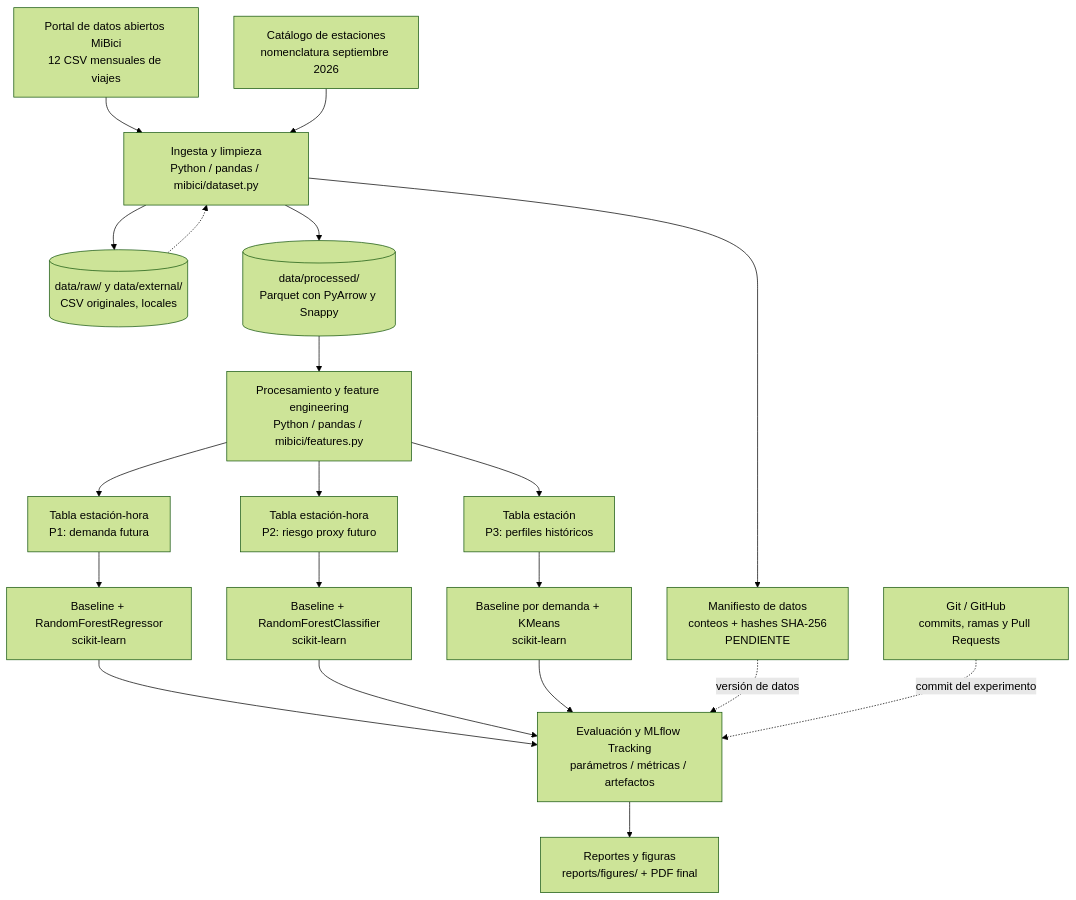
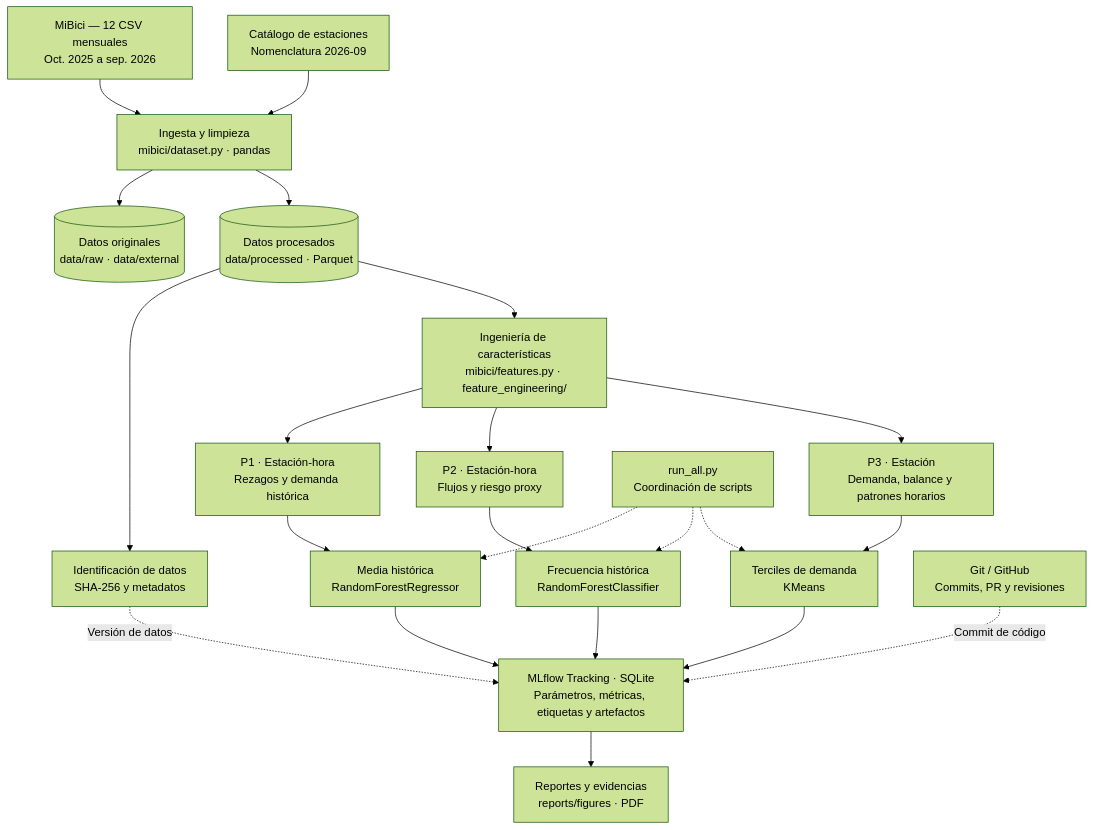
The diagram in references/arquitectura_sistema.md (LeoCossio/TC5061-Proyecto-Equipo31), drawn with Mermaid (forest theme) before and after one commit. The commit also changed other lines of this file, not shown here.

First line of the commit message:
Revise architecture proposal and enhance document clarityarchivo md fue actualizado para agregar lo de P1

````diff
--- a/references/arquitectura_sistema.md
+++ b/references/arquitectura_sistema.md
@@ -15,22 +21,24 @@
 ```mermaid
 flowchart TB
-    A[Portal de datos abiertos MiBici<br/>12 CSV mensuales de viajes] --> B
-    N[Catálogo de estaciones<br/>nomenclatura septiembre 2026] --> B
-    B[Ingesta y limpieza<br/>Python / pandas / mibici/dataset.py] --> R[(data/raw/ y data/external/<br/>CSV originales, locales)]
-    B --> C[(data/processed/<br/>Parquet con PyArrow y Snappy)]
-    R -.-> B
-    B --> V[Manifiesto de datos<br/>conteos + hashes SHA-256<br/>PENDIENTE]
-    C --> F[Procesamiento y feature engineering<br/>Python / pandas / mibici/features.py]
-    F --> T1[Tabla estación-hora<br/>P1: demanda futura]
-    F --> T2[Tabla estación-hora<br/>P2: riesgo proxy futuro]
-    F --> T3[Tabla estación<br/>P3: perfiles históricos]
-    T1 --> M1[Baseline + RandomForestRegressor<br/>scikit-learn]
-    T2 --> M2[Baseline + RandomForestClassifier<br/>scikit-learn]
-    T3 --> M3[Baseline por demanda + KMeans<br/>scikit-learn]
-    M1 --> E[Evaluación y MLflow Tracking<br/>parámetros / métricas / artefactos]
-    M2 --> E
-    M3 --> E
-    V -. versión de datos .-> E
-    G[Git / GitHub<br/>commits, ramas y Pull Requests] -. commit del experimento .-> E
-    E --> O[Reportes y figuras<br/>reports/figures/ + PDF final]
+    S["MiBici — 12 CSV mensuales<br/>Oct. 2025 a sep. 2026"] --> I["Ingesta y limpieza<br/>mibici/dataset.py · pandas"]
+    N["Catálogo de estaciones<br/>Nomenclatura 2026-09"] --> I
+    I --> RAW[("Datos originales<br/>data/raw · data/external")]
+    I --> PAR[("Datos procesados<br/>data/processed · Parquet")]
+    PAR --> V["Identificación de datos<br/>SHA-256 y metadatos"]
+    PAR --> F["Ingeniería de características<br/>mibici/features.py · feature_engineering/"]
+    F --> P1["P1 · Estación-hora<br/>Rezagos y demanda histórica"]
+    F --> P2["P2 · Estación-hora<br/>Flujos y riesgo proxy"]
+    F --> P3["P3 · Estación<br/>Demanda, balance y patrones horarios"]
+    P1 --> M1["Media histórica<br/>RandomForestRegressor"]
+    P2 --> M2["Frecuencia histórica<br/>RandomForestClassifier"]
+    P3 --> M3["Terciles de demanda<br/>KMeans"]
+    M1 --> ML["MLflow Tracking · SQLite<br/>Parámetros, métricas, etiquetas y artefactos"]
+    M2 --> ML
+    M3 --> ML
+    V -. "Versión de datos" .-> ML
+    G["Git / GitHub<br/>Commits, PR y revisiones"] -. "Commit de código" .-> ML
+    C["run_all.py<br/>Coordinación de scripts"] -.-> M1
+    C -.-> M2
+    C -.-> M3
+    ML --> OUT["Reportes y evidencias<br/>reports/figures · PDF"]
 ```
````
